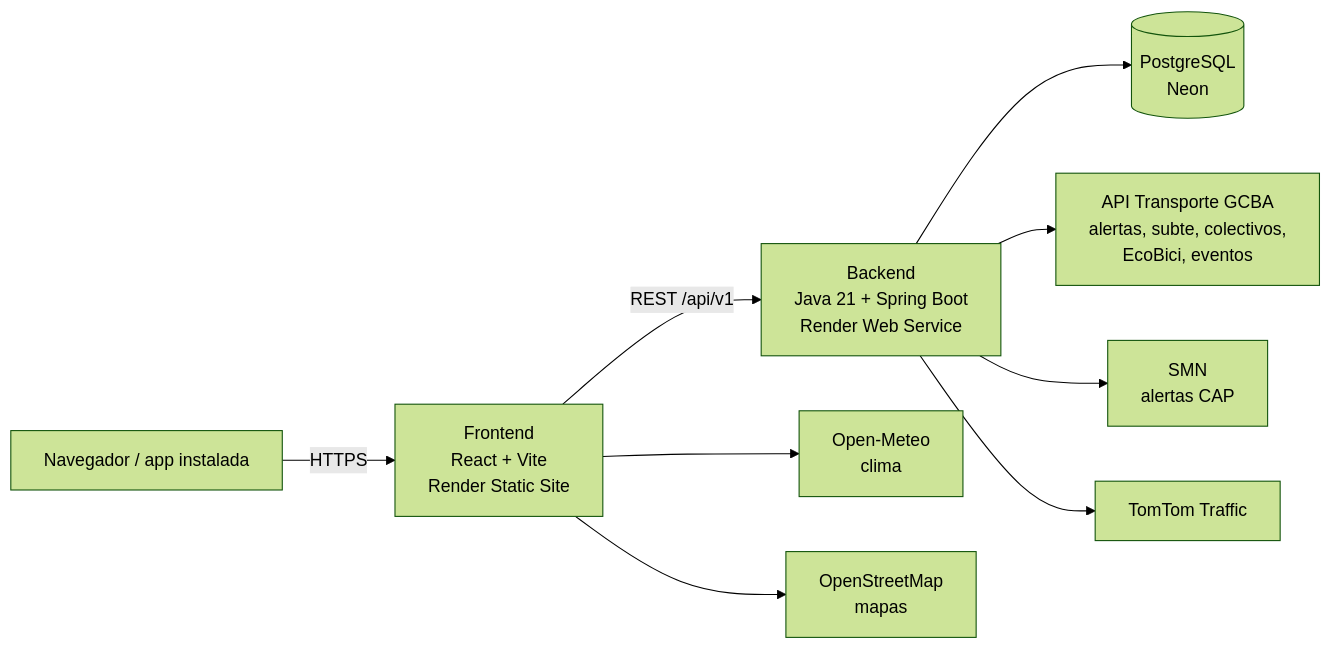
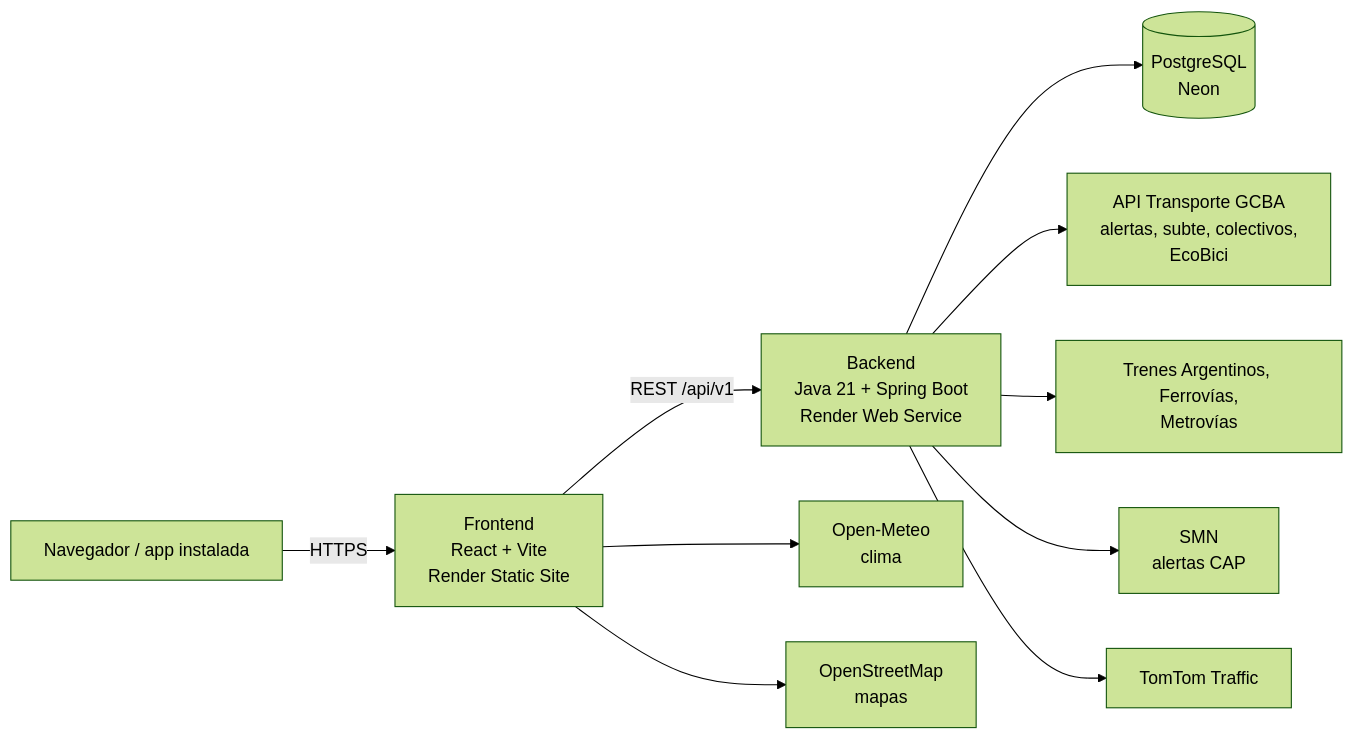
One commit to guilleguevara245/ba-transit changed the diagram in README.md. Above: the diagram before and after it, drawn with Mermaid (forest theme). The commit also changed other lines of this file and 37 other files, not shown here.

````diff
--- a/README.md
+++ b/README.md
@@ -75,11 +87,12 @@
 ```mermaid
 flowchart LR
     U[Navegador / app instalada] -->|HTTPS| F[Frontend<br>React + Vite<br>Render Static Site]
     F -->|REST /api/v1| B[Backend<br>Java 21 + Spring Boot<br>Render Web Service]
     B --> DB[(PostgreSQL<br>Neon)]
-    B --> T[API Transporte GCBA<br>alertas, subte, colectivos,<br>EcoBici, eventos]
+    B --> T[API Transporte GCBA<br>alertas, subte, colectivos,<br>EcoBici]
+    B --> TR[Trenes Argentinos, Ferrovías,<br>Metrovías]
     B --> SMN[SMN<br>alertas CAP]
     B --> TT[TomTom Traffic]
     F --> OM[Open-Meteo<br>clima]
     F --> OSM[OpenStreetMap<br>mapas]
 ```
````
